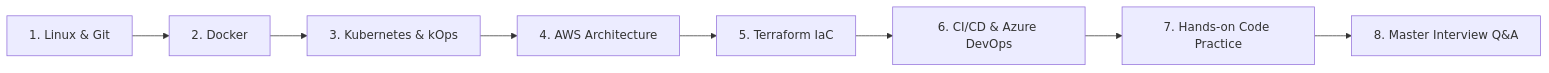
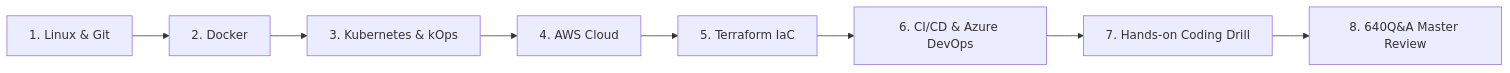
One commit to AkhilNikhil/devops-cloud-engineering-vault changed the diagram in README.md. Above: the diagram before and after it, drawn with Mermaid. The commit also changed other lines of this file and 76 other files, not shown here.

````diff
--- a/README.md
+++ b/README.md
@@ -11,10 +13,10 @@
 ```mermaid
 flowchart LR
     P1["1. Linux & Git"] --> P2["2. Docker"]
     P2 --> P3["3. Kubernetes & kOps"]
-    P3 --> P4["4. AWS Architecture"]
+    P3 --> P4["4. AWS Cloud"]
     P4 --> P5["5. Terraform IaC"]
     P5 --> P6["6. CI/CD & Azure DevOps"]
-    P6 --> P7["7. Hands-on Code Practice"]
-    P7 --> P8["8. Master Interview Q&A"]
+    P6 --> P7["7. Hands-on Coding Drill"]
+    P7 --> P8["8. 640Q&A Master Review"]
 ```
````
